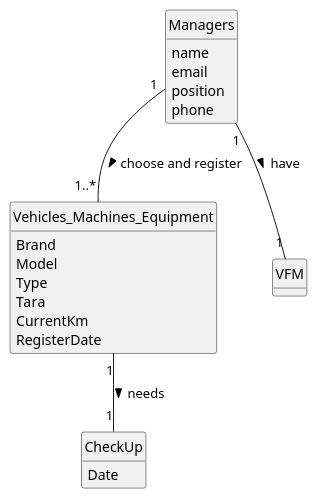
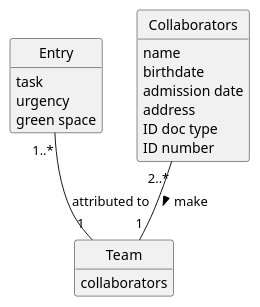
Before and after one commit to Departamento-de-Engenharia-Informatica/lei-24-s2-1df-1de-g063: the diagram in docs/SprintC/us23/02.analysis/puml/us008-domain-model.puml, drawn with PlantUML. The commit also changed other lines of this file and 14 other files, not shown here.

```diff
--- a/docs/SprintC/us23/02.analysis/puml/us008-domain-model.puml
+++ b/docs/SprintC/us23/02.analysis/puml/us008-domain-model.puml
@@ -1,41 +1,32 @@
 @startuml
 skinparam monochrome true
 skinparam packageStyle rectangle
 skinparam shadowing false
-skinparam monochrome true
-skinparam packageStyle rectangle
-skinparam shadowing false
-'skinparam linetype ortho
-'left to right direction
 skinparam classAttributeIconSize 0
 hide circle
 hide methods
 
-
-class Vehicles_Machines_Equipment{
- Brand
-  Model
-  Type
-  Tara
-  CurrentKm
-  RegisterDate
+class Entry {
+    task
+    urgency
+    green space
 }
 
-class VFM {
+class Team{
+    collaborators
 }
 
-class CheckUp {
-  Date
+class Collaborators{
+    name
+    birthdate
+    admission date
+    address
+    contact info (mobile and email)
+    ID doc type
+    ID number
 }
 
-class Managers {
-    name
-    email
-    position
-    phone
-}
+Collaborators "2..*"-- "1"Team : make >
+Entry "1..*" -- "1" Team : attributed to
 
-Managers "1" -- "1" VFM : have >
-Vehicles_Machines_Equipment "1" -- "1" CheckUp : needs >
-Managers "1" -- "1..*" Vehicles_Machines_Equipment : choose and register >
 @enduml
```
